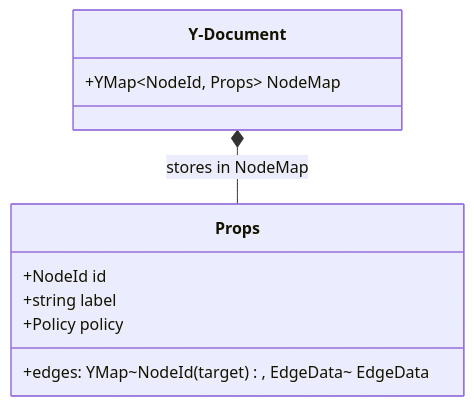
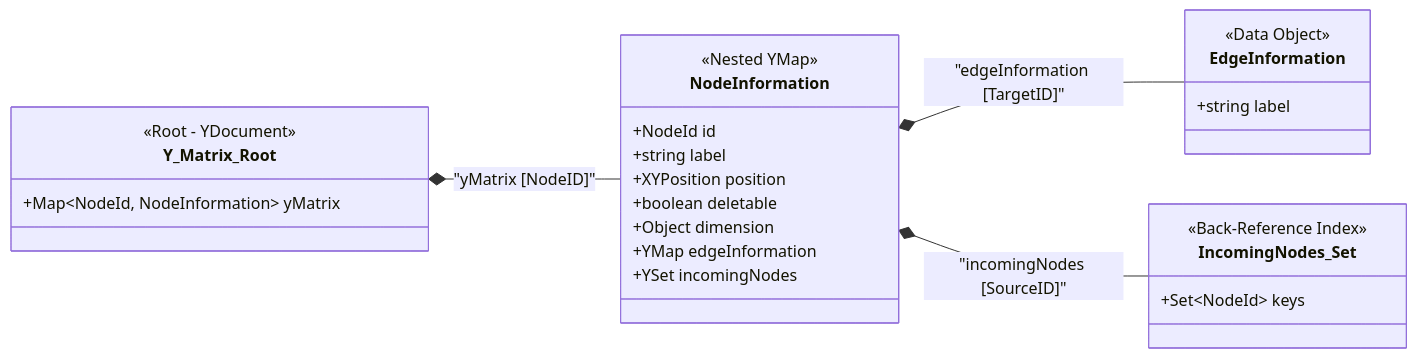
The first of 5 diagrams in MasterReactApp_ts/Thoughts/Architecture/PG-Gaph_CRDT.md (MichaLandgram/Property_Graph_CRDT), drawn with Mermaid before and after one commit. The commit also changed other lines of this file, not shown here.

````diff
--- a/MasterReactApp_ts/Thoughts/Architecture/PG-Gaph_CRDT.md
+++ b/MasterReactApp_ts/Thoughts/Architecture/PG-Gaph_CRDT.md
@@ -26,16 +8,33 @@
 ```mermaid
 classDiagram
-    %% Top Level Stores
-    class Y-Document {
-        +YMap~NodeId, Props~ NodeMap
+    direction LR
+    class Y_Matrix_Root {
+        <<Root - YDocument>>
+        +Map~NodeId, NodeInformation~ yMatrix
     }
 
-    class Props {
+    class NodeInformation {
+        <<Nested YMap>>
         +NodeId id
         +string label
-        +Policy policy
-        +edges: YMap~NodeId (target), EdgeData~ EdgeData
+        +XYPosition position
+        +boolean deletable
+        +Object dimension
+        +YMap edgeInformation
+        +YSet incomingNodes
     }
 
-    Y-Document *-- Props : stores in NodeMap
+    class EdgeInformation {
+        <<Data Object>>
+        +string label
+    }
+
+    class IncomingNodes_Set {
+        <<Back-Reference Index>>
+        +Set~NodeId~ keys
+    }
+
+    Y_Matrix_Root *-- NodeInformation : "yMatrix [NodeID]"
+    NodeInformation *-- EdgeInformation : "edgeInformation [TargetID]"
+    NodeInformation *-- IncomingNodes_Set : "incomingNodes [SourceID]"
 ```
````
